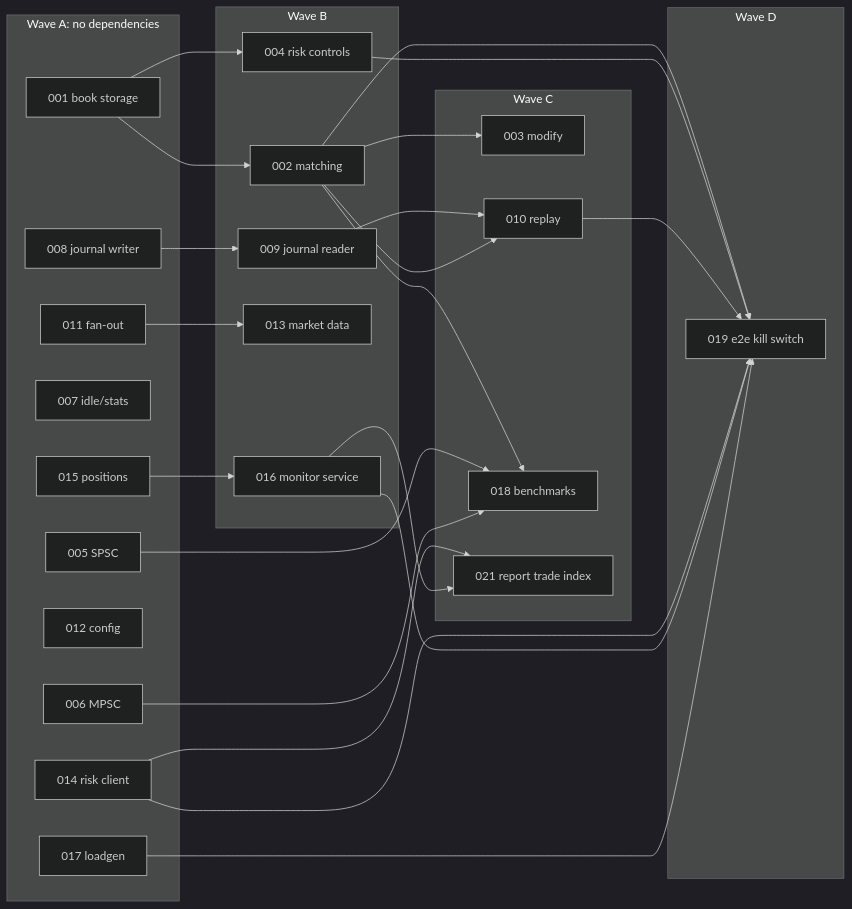
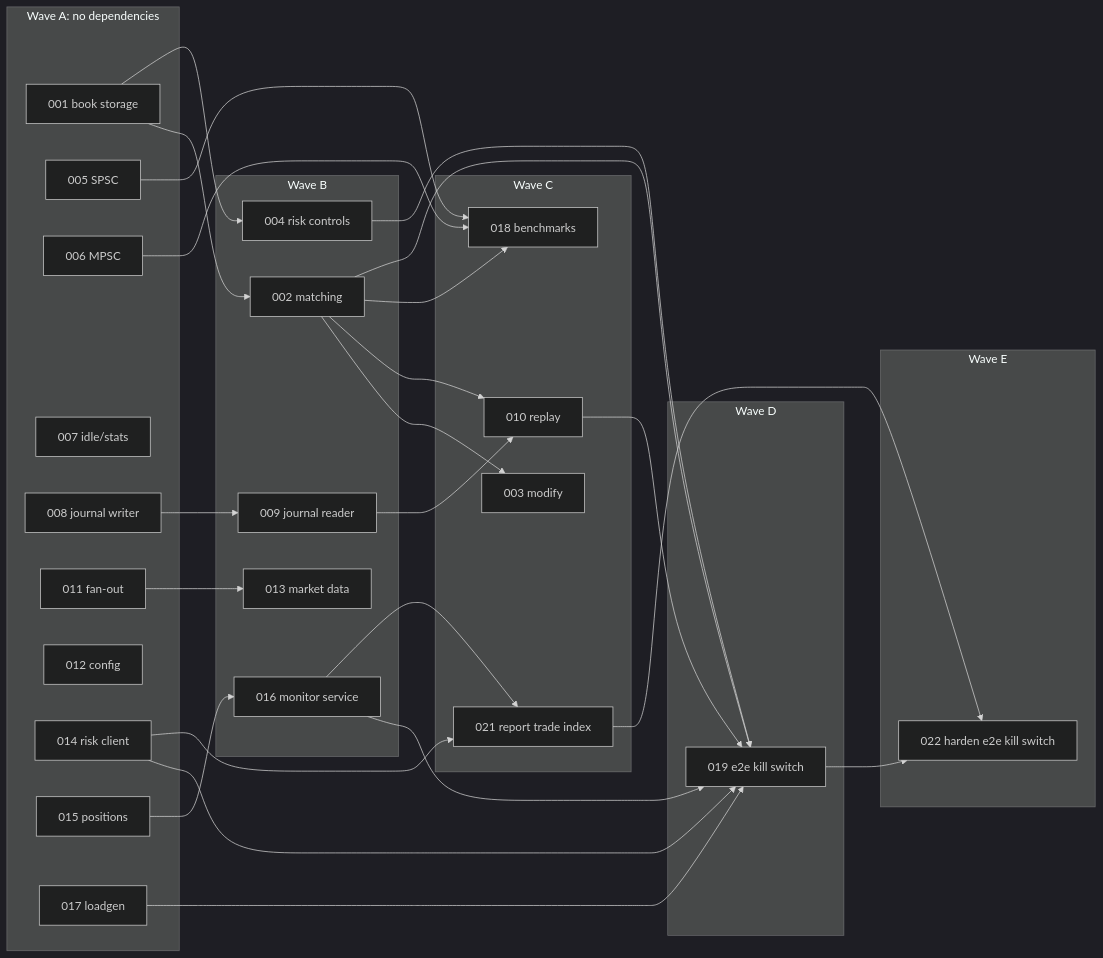
Before and after one commit to Tomek52/lockstep-exchange: the diagram in docs/tasks/README.md, drawn with Mermaid (dark theme). The commit also changed other lines of this file and 3 other files, not shown here.

First line of the commit message:
docs: add task 022 harden the e2e kill-switch script

````diff
--- a/docs/tasks/README.md
+++ b/docs/tasks/README.md
@@ -41,42 +42,46 @@
 ```mermaid
 flowchart LR
     subgraph A["Wave A: no dependencies"]
         t001[001 book storage]
         t005[005 SPSC]
         t006[006 MPSC]
         t007[007 idle/stats]
         t008[008 journal writer]
         t011[011 fan-out]
         t012[012 config]
         t014[014 risk client]
         t015[015 positions]
         t017[017 loadgen]
     end
     subgraph B["Wave B"]
         t002[002 matching]
         t004[004 risk controls]
         t009[009 journal reader]
         t013[013 market data]
         t016[016 monitor service]
     end
     subgraph C["Wave C"]
         t003[003 modify]
         t010[010 replay]
         t018[018 benchmarks]
         t021[021 report trade index]
     end
     subgraph D["Wave D"]
         t019[019 e2e kill switch]
     end
+    subgraph E["Wave E"]
+        t022[022 harden e2e kill switch]
+    end
     t001 --> t002 --> t003
     t001 --> t004
     t008 --> t009 --> t010
     t002 --> t010
     t011 --> t013
     t015 --> t016
     t002 --> t018
     t005 --> t018
     t006 --> t018
     t002 & t004 & t010 & t014 & t016 & t017 --> t019
     t014 & t016 --> t021
+    t019 & t021 --> t022
 ```
````
